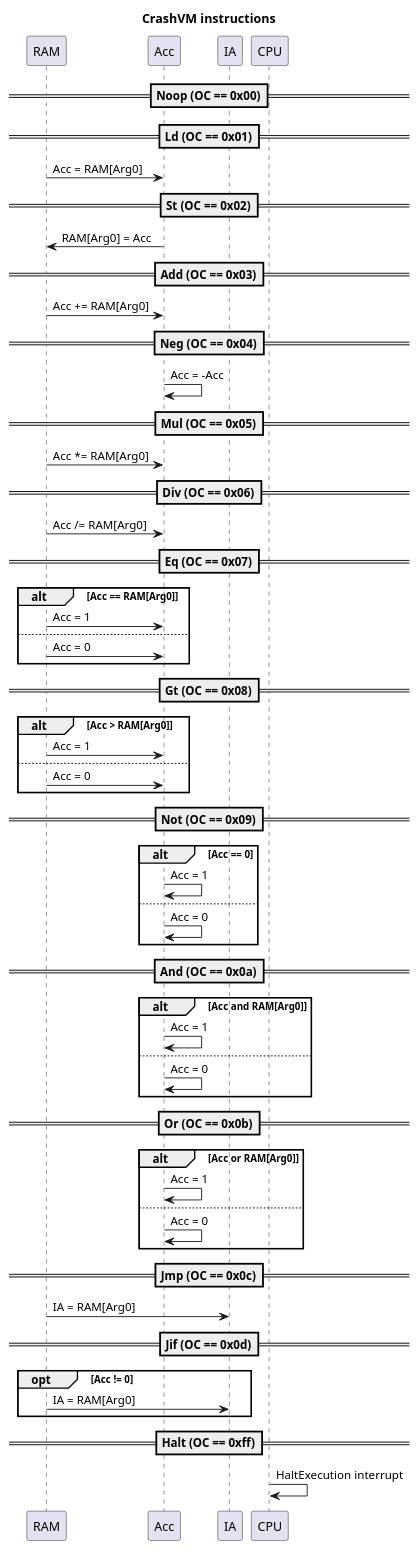
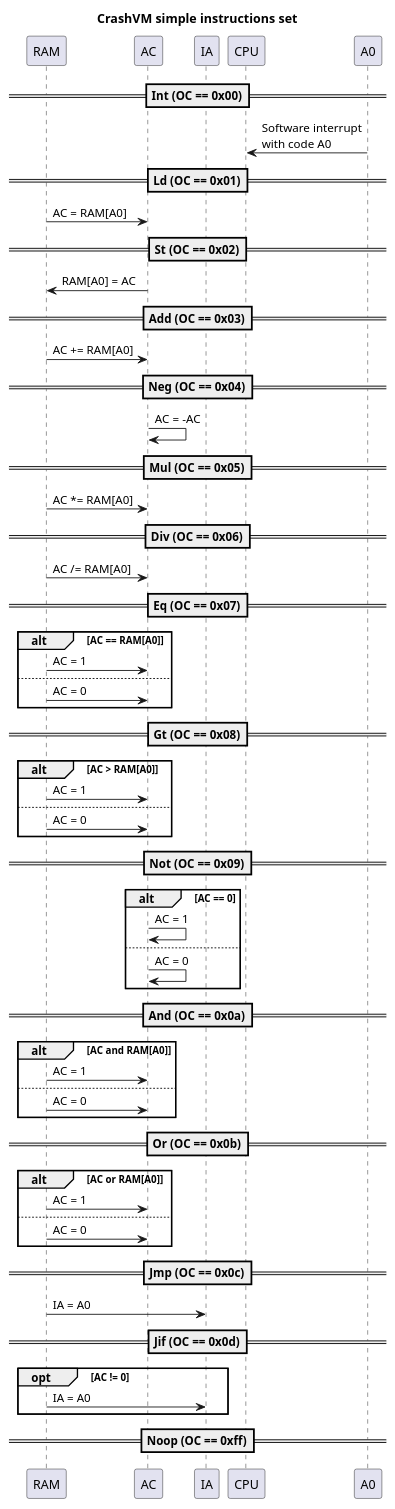
The sixth of 7 diagrams in doc/system.puml (hypafrag/crash-vm), drawn with PlantUML before and after one commit. The commit also changed other lines of this file and 17 other files, not shown here.

Commit message:
function calling in extended architecture

```diff
--- a/doc/system.puml
+++ b/doc/system.puml
@@ -55,63 +174,68 @@
-@startuml
-title CrashVM instructions
+@startuml simple_instructions
+title CrashVM simple instructions set
 
-==Noop (OC == 0x00)==
+participant RAM
+participant AC
+participant IA
+participant CPU
+
+==Int (OC == 0x00)==
+A0 -> CPU: Software interrupt\nwith code A0
 
 ==Ld (OC == 0x01)==
-RAM -> Acc: Acc = RAM[Arg0]
+RAM -> AC: AC = RAM[A0]
 ==St (OC == 0x02)==
-RAM <- Acc: RAM[Arg0] = Acc
+RAM <- AC: RAM[A0] = AC
 
 ==Add (OC == 0x03)==
-RAM -> Acc: Acc += RAM[Arg0]
+RAM -> AC: AC += RAM[A0]
 ==Neg (OC == 0x04)==
-Acc -> Acc: Acc = -Acc
+AC -> AC: AC = -AC
 
 ==Mul (OC == 0x05)==
-RAM -> Acc: Acc *= RAM[Arg0]
+RAM -> AC: AC *= RAM[A0]
 ==Div (OC == 0x06)==
-RAM -> Acc: Acc /= RAM[Arg0]
+RAM -> AC: AC /= RAM[A0]
 
 ==Eq (OC == 0x07)==
-alt Acc == RAM[Arg0]
-    RAM -> Acc: Acc = 1
+alt AC == RAM[A0]
+    RAM -> AC: AC = 1
 else
-    RAM -> Acc: Acc = 0
+    RAM -> AC: AC = 0
 end
 ==Gt (OC == 0x08)==
-alt Acc > RAM[Arg0]
-    RAM -> Acc: Acc = 1
+alt AC > RAM[A0]
+    RAM -> AC: AC = 1
 else
-    RAM -> Acc: Acc = 0
+    RAM -> AC: AC = 0
 end
 
 ==Not (OC == 0x09)==
-alt Acc == 0
-    Acc -> Acc: Acc = 1
+alt AC == 0
+    AC -> AC: AC = 1
 else
-    Acc -> Acc: Acc = 0
+    AC -> AC: AC = 0
 end
 ==And (OC == 0x0a)==
-alt Acc and RAM[Arg0]
-    Acc -> Acc: Acc = 1
+alt AC and RAM[A0]
+    RAM -> AC: AC = 1
 else
-    Acc -> Acc: Acc = 0
+    RAM -> AC: AC = 0
 end
 ==Or (OC == 0x0b)==
-alt Acc or RAM[Arg0]
-    Acc -> Acc: Acc = 1
+alt AC or RAM[A0]
+    RAM -> AC: AC = 1
 else
-    Acc -> Acc: Acc = 0
+    RAM -> AC: AC = 0
 end
 
 ==Jmp (OC == 0x0c)==
-RAM -> IA: IA = RAM[Arg0]
+RAM -> IA: IA = A0
 ==Jif (OC == 0x0d)==
-opt Acc != 0
-    RAM -> IA: IA = RAM[Arg0]
+opt AC != 0
+    RAM -> IA: IA = A0
 end
 
-==Halt (OC == 0xff)==
-CPU -> CPU: HaltExecution interrupt
+==Noop (OC == 0xff)==
 
 @enduml
```
